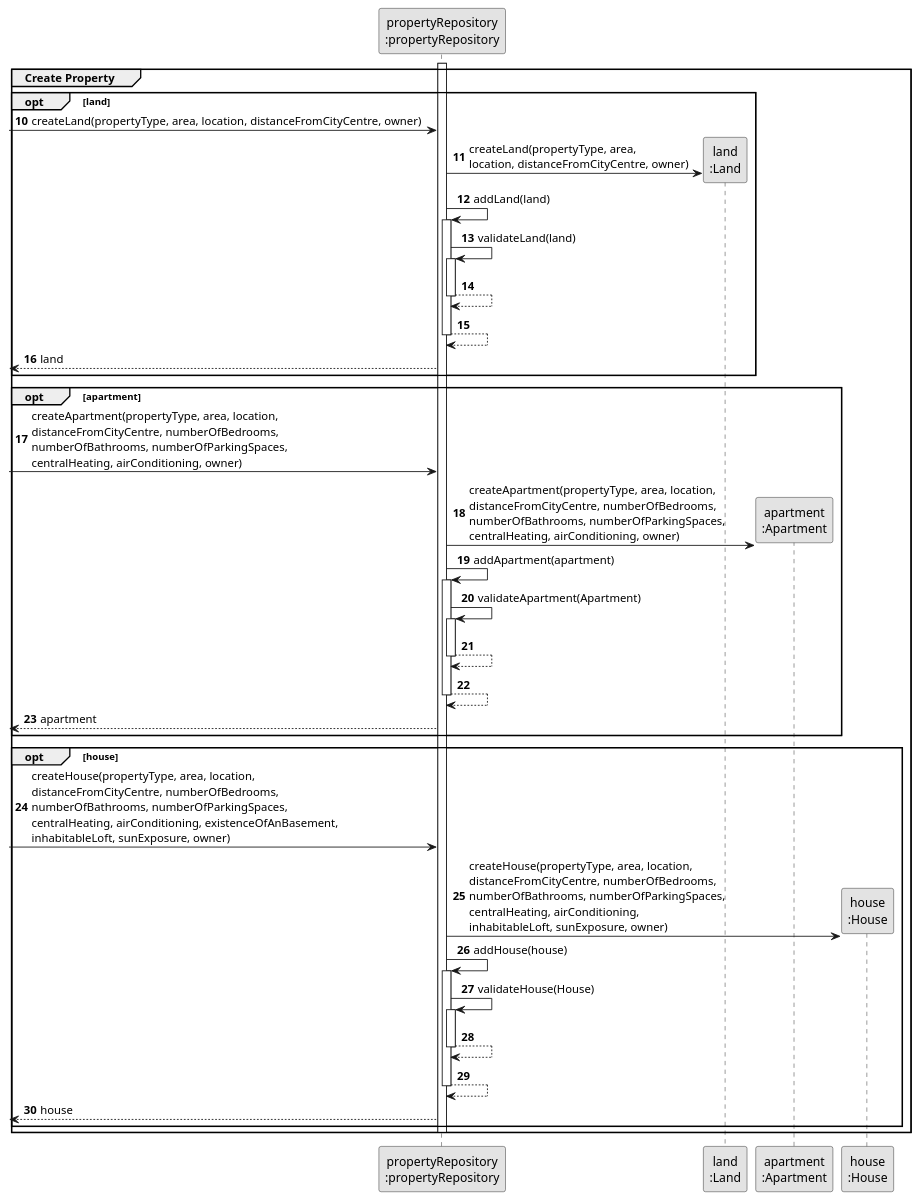
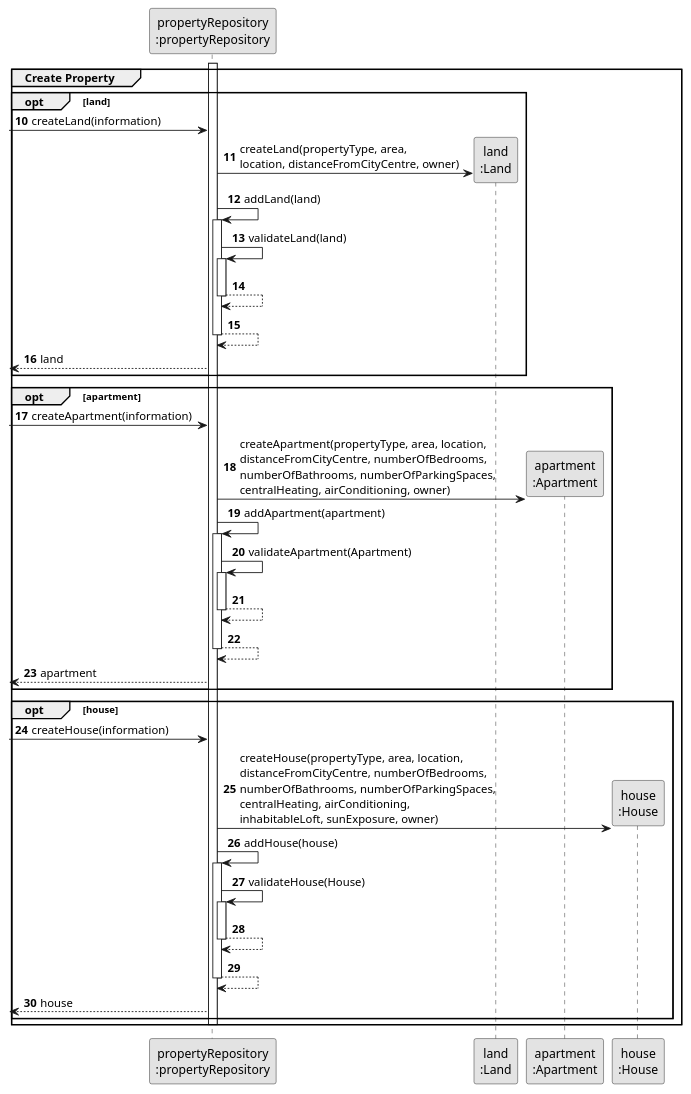
One commit to Rodrick0209/ISEP-LAPR2-22-23 changed the diagram in docs/Sprint-C/US012/03.design/puml/us012-sequence-diagram-partial-create-property.puml. Above: the diagram before and after it, drawn with PlantUML. The commit also changed 6 other files, not shown here.

```diff
--- a/docs/Sprint-C/US012/03.design/puml/us012-sequence-diagram-partial-create-property.puml
+++ b/docs/Sprint-C/US012/03.design/puml/us012-sequence-diagram-partial-create-property.puml
@@ -1,66 +1,66 @@
 @startuml
 skinparam monochrome true
 skinparam packageStyle rectangle
 skinparam shadowing false
 
 participant "propertyRepository\n:propertyRepository" as PropertyRepository
 participant "land\n:Land" as Land
 participant "apartment\n:Apartment" as Apartment
 participant "house\n:House" as House
 
 autonumber 10
 group Create Property
 activate PropertyRepository
 opt land
--> PropertyRepository : createLand(propertyType, area, location, distanceFromCityCentre, owner)
+-> PropertyRepository : createLand(information)
 
    PropertyRepository -> Land**: createLand(propertyType, area, \nlocation, distanceFromCityCentre, owner)
                PropertyRepository -> PropertyRepository: addLand(land)
                deactivate Land
            activate PropertyRepository
                PropertyRepository -> PropertyRepository: validateLand(land)
                activate PropertyRepository
                    PropertyRepository --> PropertyRepository
                deactivate PropertyRepository
 
                PropertyRepository --> PropertyRepository
            deactivate PropertyRepository
 
     <-- PropertyRepository : land
     end
     opt apartment
-    -> PropertyRepository : createApartment(propertyType, area, location, \ndistanceFromCityCentre, numberOfBedrooms, \nnumberOfBathrooms, numberOfParkingSpaces, \ncentralHeating, airConditioning, owner)
+    -> PropertyRepository : createApartment(information)
     PropertyRepository -> Apartment**: createApartment(propertyType, area, location, \ndistanceFromCityCentre, numberOfBedrooms, \nnumberOfBathrooms, numberOfParkingSpaces, \ncentralHeating, airConditioning, owner)
                    PropertyRepository -> PropertyRepository: addApartment(apartment)
                    deactivate Apartment
                activate PropertyRepository
                    PropertyRepository -> PropertyRepository: validateApartment(Apartment)
                    activate PropertyRepository
                        PropertyRepository --> PropertyRepository
                    deactivate PropertyRepository
 
                    PropertyRepository --> PropertyRepository
                deactivate PropertyRepository
 
         <-- PropertyRepository : apartment
     end
 
     opt house
-    -> PropertyRepository : createHouse(propertyType, area, location, \ndistanceFromCityCentre, numberOfBedrooms, \nnumberOfBathrooms, numberOfParkingSpaces, \ncentralHeating, airConditioning, existenceOfAnBasement, \ninhabitableLoft, sunExposure, owner)
+    -> PropertyRepository : createHouse(information)
         PropertyRepository -> House**: createHouse(propertyType, area, location, \ndistanceFromCityCentre, numberOfBedrooms, \nnumberOfBathrooms, numberOfParkingSpaces, \ncentralHeating, airConditioning, \ninhabitableLoft, sunExposure, owner)
                        PropertyRepository -> PropertyRepository: addHouse(house)
                        deactivate House
                    activate PropertyRepository
                        PropertyRepository -> PropertyRepository: validateHouse(House)
                        activate PropertyRepository
                            PropertyRepository --> PropertyRepository
                        deactivate PropertyRepository
 
                        PropertyRepository --> PropertyRepository
                    deactivate PropertyRepository
 
             <-- PropertyRepository : house
     end
     deactivate PropertyRepository
 end
 @enduml
```
